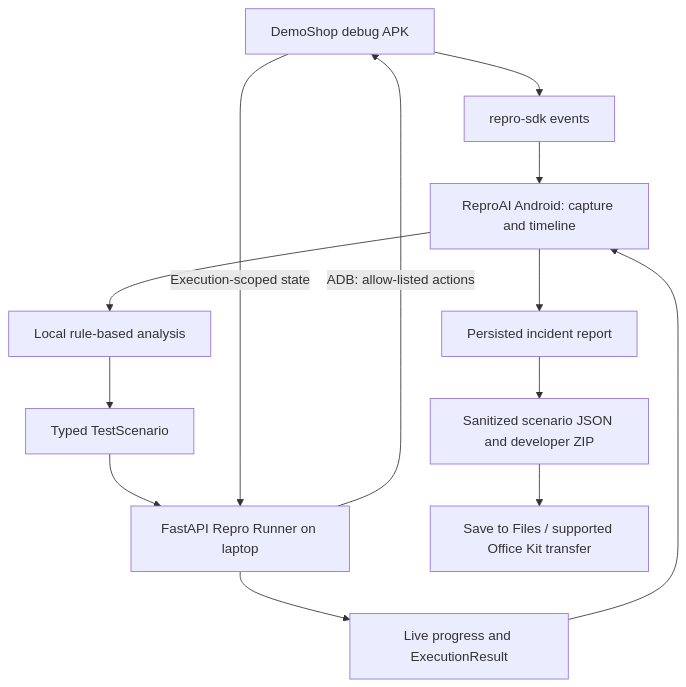
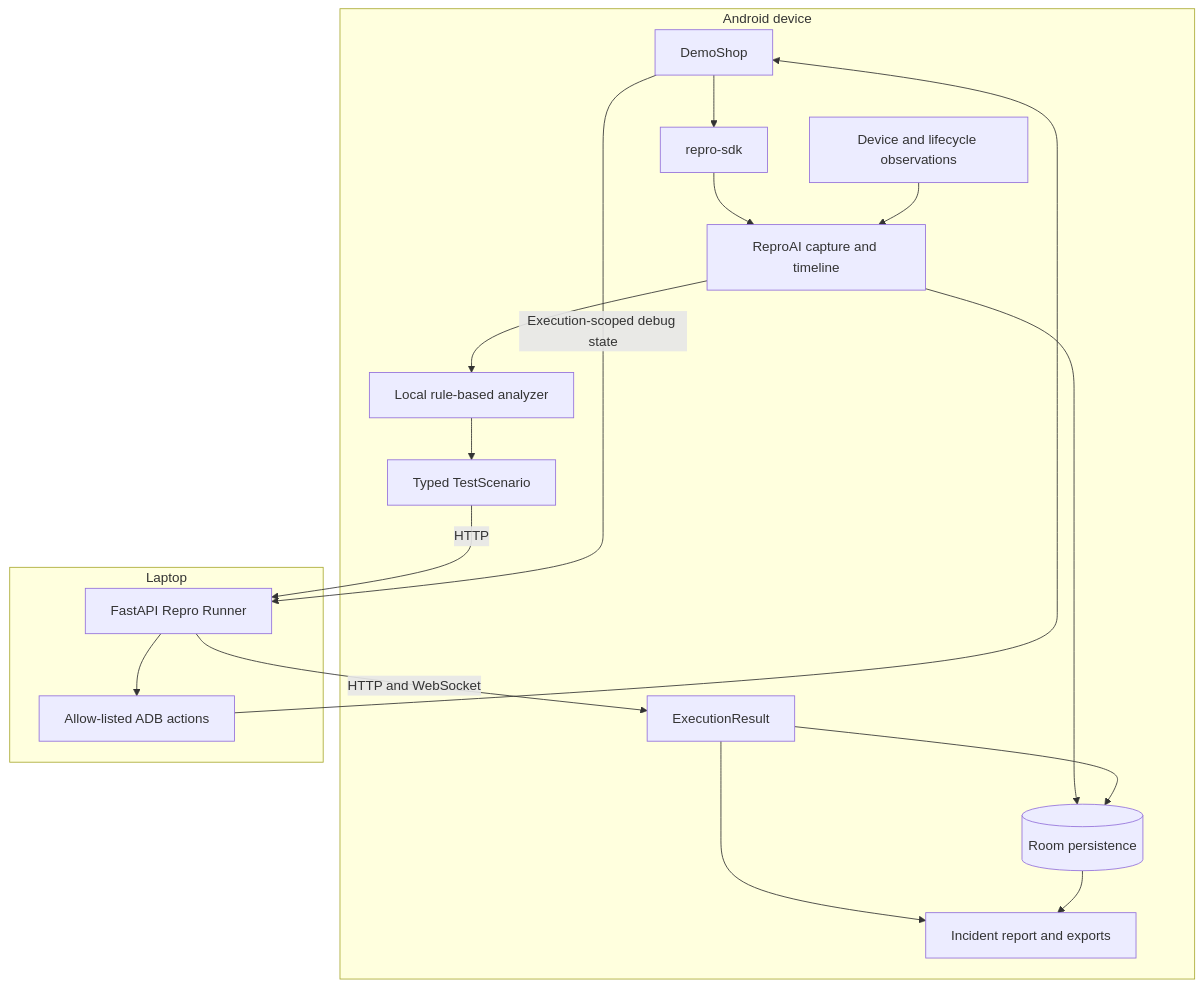
The second of 2 diagrams in README.md (pranaykhodade1922-dot/ReproAI), drawn with Mermaid before and after one commit. The commit also changed other lines of this file, not shown here.

Commit message:
Polish ReproAI README for final submission

````diff
--- a/README.md
+++ b/README.md
@@ -13,15 +97,21 @@
 ```mermaid
 flowchart TD
-    Shop[DemoShop debug APK] --> SDK[repro-sdk events]
-    SDK --> App[ReproAI Android: capture and timeline]
-    App --> Analysis[Local rule-based analysis]
-    Analysis --> Scenario[Typed TestScenario]
-    Scenario --> Runner[FastAPI Repro Runner on laptop]
-    Runner -->|ADB: allow-listed actions| Shop
-    Shop -->|Execution-scoped state| Runner
-    Runner --> Result[Live progress and ExecutionResult]
-    Result --> App
-    App --> Report[Persisted incident report]
-    Report --> Files[Sanitized scenario JSON and developer ZIP]
-    Files --> Transfer[Save to Files / supported Office Kit transfer]
+    subgraph Device[Android device]
+        Shop[DemoShop] --> SDK[repro-sdk]
+        SDK --> App[ReproAI capture and timeline]
+        Context[Device and lifecycle observations] --> App
+        App --> Room[(Room persistence)]
+        App --> Analyzer[Local rule-based analyzer]
+        Analyzer --> Scenario[Typed TestScenario]
+        Result[ExecutionResult] --> Room
+        Result --> Report[Incident report and exports]
+        Room --> Report
+    end
+    subgraph Laptop[Laptop]
+        Runner[FastAPI Repro Runner] --> ADB[Allow-listed ADB actions]
+    end
+    Scenario -->|HTTP| Runner
+    ADB --> Shop
+    Shop -->|Execution-scoped debug state| Runner
+    Runner -->|HTTP and WebSocket| Result
 ```
````
